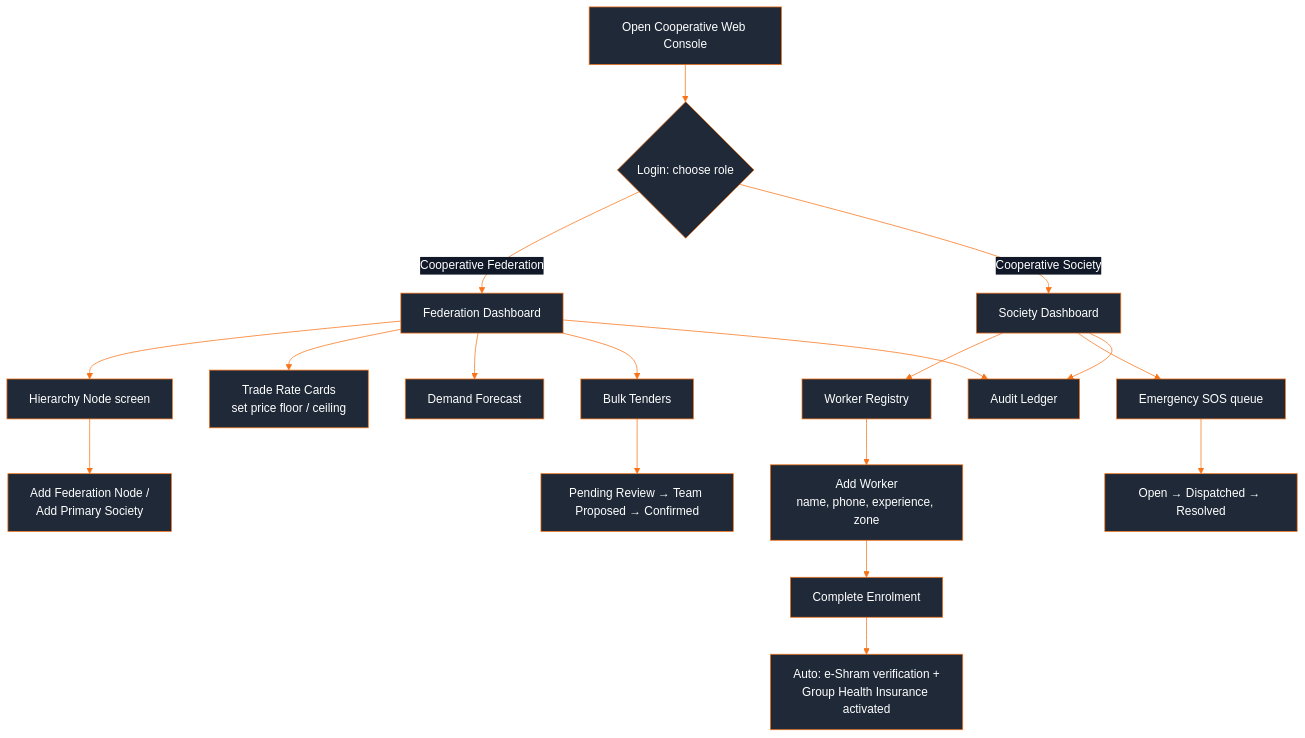
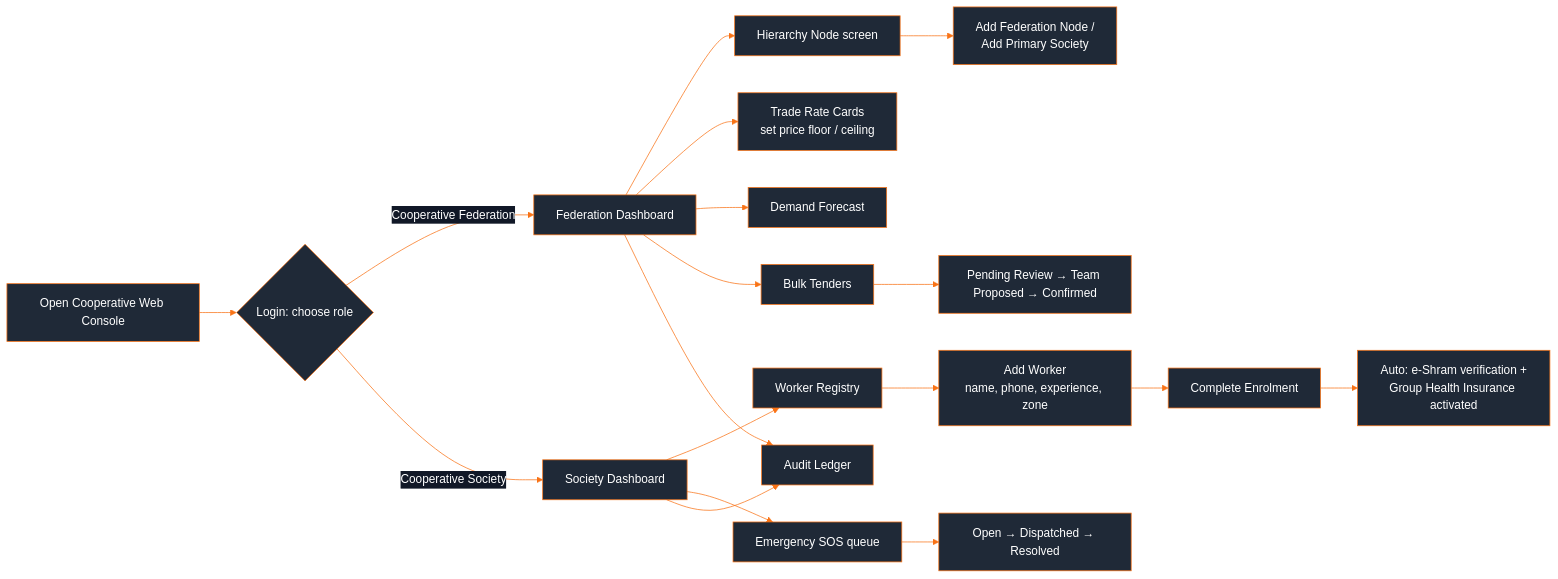
One commit to ansh-kukreja/SkillsKart changed the fourth of 5 diagrams in README.md. Above: the diagram before and after it, drawn with Mermaid. The commit also changed other lines of this file, not shown here.

````diff
--- a/README.md
+++ b/README.md
@@ -260,21 +274,21 @@
 ```mermaid
 %%{init: {'theme':'base', 'themeVariables': {'primaryColor':'#1F2937','primaryTextColor':'#FFFFFF','primaryBorderColor':'#F97316','lineColor':'#F97316','secondaryColor':'#374151','tertiaryColor':'#111827','edgeLabelBackground':'#111827'}}}%%
-flowchart TD
+flowchart LR
     A[Open Cooperative Web Console] --> B{Login: choose role}
     B -->|Cooperative Federation| C[Federation Dashboard]
     B -->|Cooperative Society| D[Society Dashboard]
     C --> E[Hierarchy Node screen]
     E --> F["Add Federation Node /\nAdd Primary Society"]
     D --> G[Worker Registry]
     G --> H["Add Worker\nname, phone, experience, zone"]
     H --> I[Complete Enrolment]
     I --> J["Auto: e-Shram verification +\nGroup Health Insurance activated"]
     C --> K["Trade Rate Cards\nset price floor / ceiling"]
     C --> L[Demand Forecast]
     C --> M[Bulk Tenders]
     M --> N["Pending Review → Team Proposed → Confirmed"]
     D --> O[Emergency SOS queue]
     O --> P["Open → Dispatched → Resolved"]
     C --> QQ[Audit Ledger]
     D --> QQ
 ```
````
